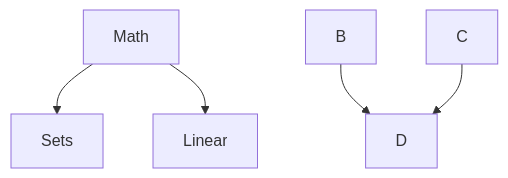
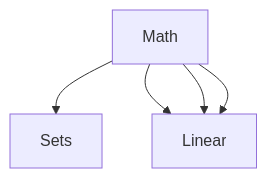
Before and after one commit to ccmas88/Hello-World: the diagram in README.md, drawn with Mermaid.

````diff
--- a/README.md
+++ b/README.md
@@ -6,7 +6,7 @@
 ```mermaid
 graph TD;
     Math-->Sets;
     Math-->Linear;
-    B-->D;
-    C-->D;
+    Math-->Linear;
+    Math-->Linear;
 ```
````
